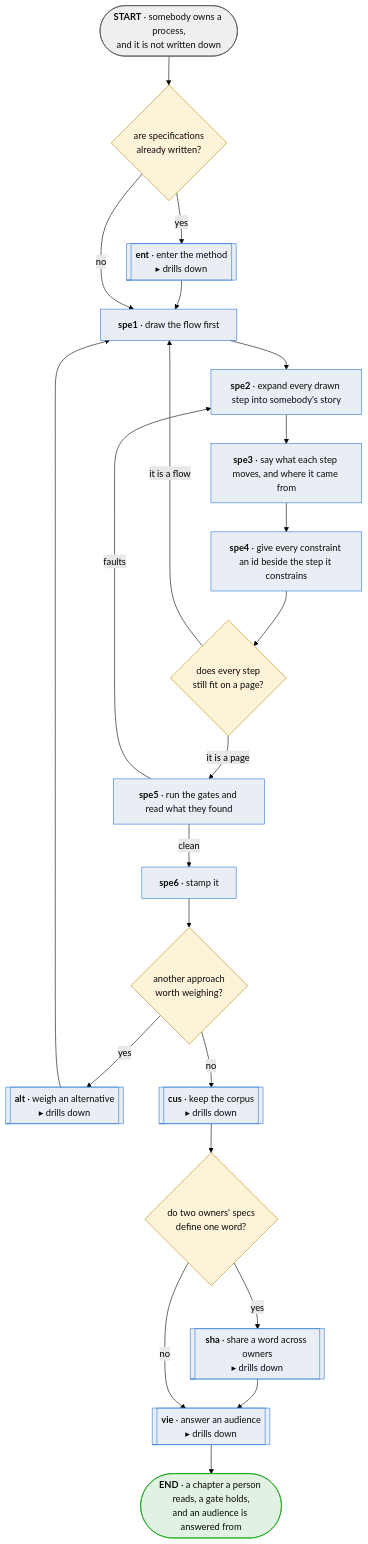
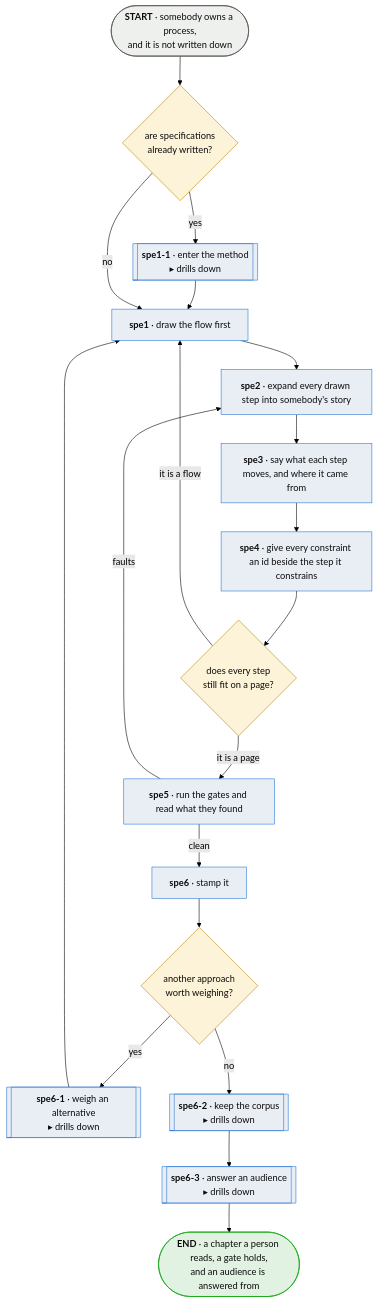
Before and after one commit to plumbspec/goldspec: the diagram in spec/diagrams/spe-specify-a-process.md, drawn with Mermaid (forest theme). The commit also changed other lines of this file and 19 other files, not shown here.

Commit message:
spec: one tree under spe, and the gate drops sigil-named steps (947eab1) docs: a flow only ever linked usually marks a hand-off to another process (47242ed)

````diff
--- a/spec/diagrams/spe-specify-a-process.md
+++ b/spec/diagrams/spe-specify-a-process.md
@@ -14,43 +15,38 @@
 ```mermaid
 flowchart TD
     IN([<b>START</b> · somebody owns a process,<br/>and it is not written down]):::terminal
 
     EXISTQ{are specifications<br/>already written?}:::question
-    ENT[[<b>ent</b> · enter the method<br/>▸ drills down]]:::subroutine
+    ENT[[<b>spe1-1</b> · enter the method<br/>▸ drills down]]:::subroutine
 
     DRAW[<b>spe1</b> · draw the flow first]:::process
     STORY[<b>spe2</b> · expand every drawn step into somebody's story]:::process
     MOVES[<b>spe3</b> · say what each step moves, and where it came from]:::process
     CONSTRAIN[<b>spe4</b> · give every constraint an id beside the step it constrains]:::process
     FITS{does every step<br/>still fit on a page?}:::question
     GATE[<b>spe5</b> · run the gates and read what they found]:::process
     STAMP[<b>spe6</b> · stamp it]:::process
     ALTQ{another approach<br/>worth weighing?}:::question
-    ALT[[<b>alt</b> · weigh an alternative<br/>▸ drills down]]:::subroutine
-    CUS[[<b>cus</b> · keep the corpus<br/>▸ drills down]]:::subroutine
-    SHAQ{do two owners' specs<br/>define one word?}:::question
-    SHA[[<b>sha</b> · share a word across owners<br/>▸ drills down]]:::subroutine
-    VIE[[<b>vie</b> · answer an audience<br/>▸ drills down]]:::subroutine
+    ALT[[<b>spe6-1</b> · weigh an alternative<br/>▸ drills down]]:::subroutine
+    CUS[[<b>spe6-2</b> · keep the corpus<br/>▸ drills down]]:::subroutine
+    VIE[[<b>spe6-3</b> · answer an audience<br/>▸ drills down]]:::subroutine
 
     OUT([<b>END</b> · a chapter a person reads, a gate holds,<br/>and an audience is answered from]):::good
 
     IN --> EXISTQ
     EXISTQ -->|yes| ENT --> DRAW
     EXISTQ -->|no| DRAW
     DRAW --> STORY --> MOVES --> CONSTRAIN --> FITS
     FITS -->|it is a page| GATE
     FITS -->|it is a flow| DRAW
     GATE -->|faults| STORY
     GATE -->|clean| STAMP --> ALTQ
     ALTQ -->|yes| ALT --> DRAW
-    ALTQ -->|no| CUS --> SHAQ
-    SHAQ -->|yes| SHA --> VIE
-    SHAQ -->|no| VIE
-    VIE --> OUT
+    ALTQ -->|no| CUS --> VIE --> OUT
 
     classDef terminal fill:#eef0ee,stroke:#52514e,color:#0b0b0b;
     classDef process fill:#e9eef5,stroke:#2a78d6,color:#0b0b0b;
     classDef subroutine fill:#e9eef5,stroke:#2a78d6,color:#0b0b0b;
     classDef question fill:#fdf3d8,stroke:#b8860b,color:#0b0b0b;
     classDef good fill:#e2f2e2,stroke:#0ca30c,color:#0b0b0b;
 ```
````
